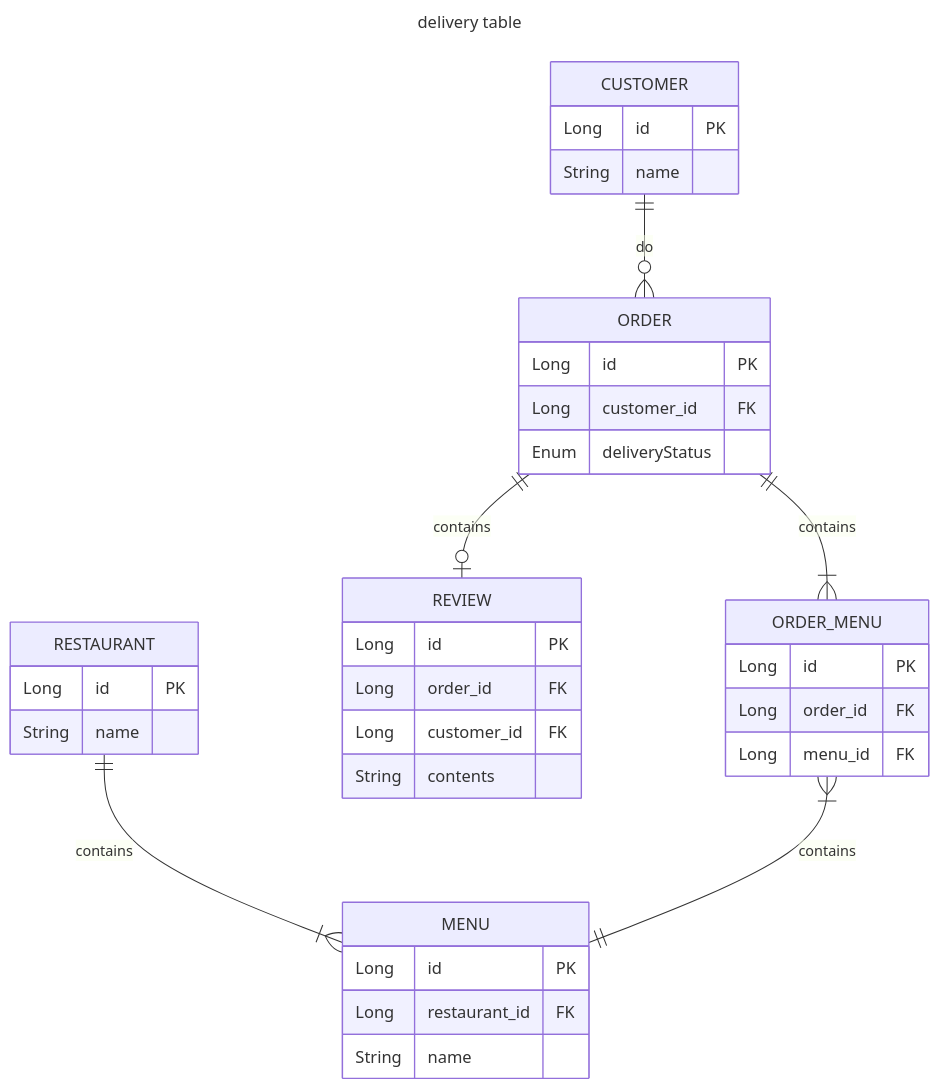
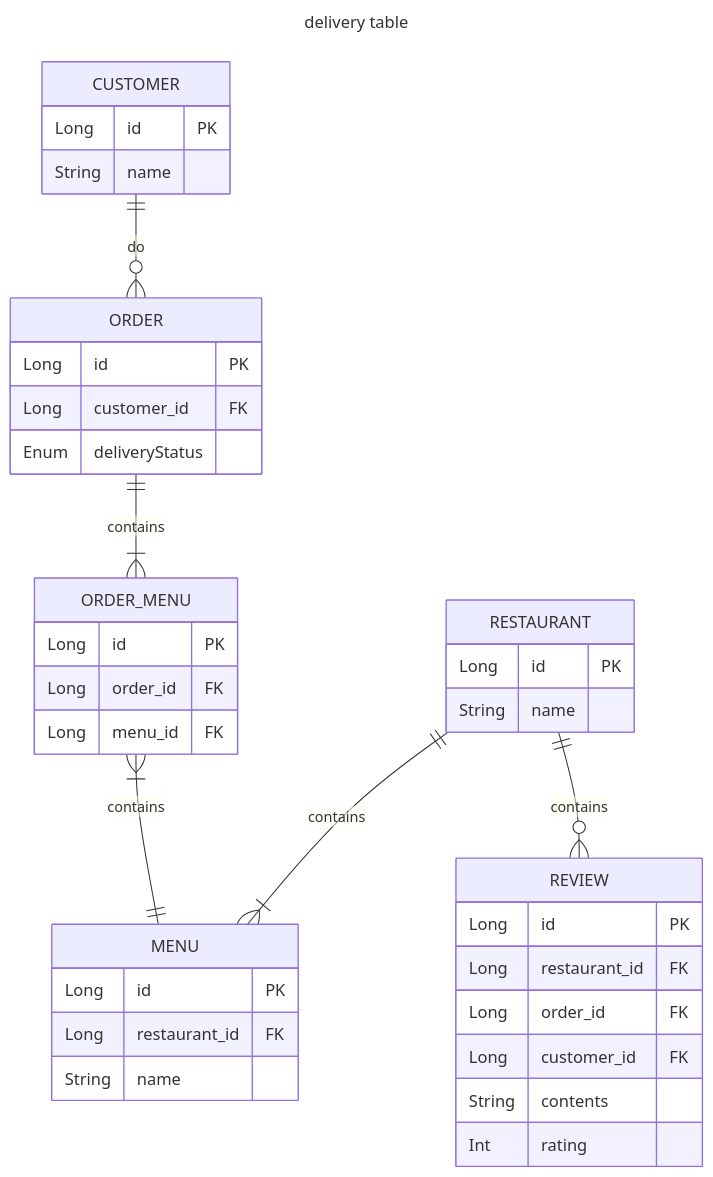
The diagram in inbox/delivery app sample.md (songkg7/haril-vault), drawn with Mermaid before and after one commit. The commit also changed other lines of this file and 3 other files, not shown here.

````diff
--- a/inbox/delivery app sample.md
+++ b/inbox/delivery app sample.md
@@ -28,40 +28,42 @@
 ```mermaid
 ---
 title: delivery table
 ---
 erDiagram
     CUSTOMER ||--o{ ORDER : do
     CUSTOMER {
         Long id PK
         String name
     }
     ORDER ||--|{ ORDER_MENU : contains
     ORDER {
         Long id PK
         Long customer_id FK
         Enum deliveryStatus
     }
-    ORDER ||--o| REVIEW : contains
+    RESTAURANT ||--o{ REVIEW : contains
     REVIEW {
         Long id PK
+        Long restaurant_id FK
         Long order_id FK
         Long customer_id FK
         String contents
+        Int rating
     }
     RESTAURANT ||--|{ MENU : contains
     RESTAURANT {
         Long id PK
         String name
     }
     MENU {
         Long id PK
         Long restaurant_id FK
         String name
     }
     ORDER_MENU {
         Long id PK
         Long order_id FK
         Long menu_id FK
     }
     ORDER_MENU }|--|| MENU : contains
 ```
````
